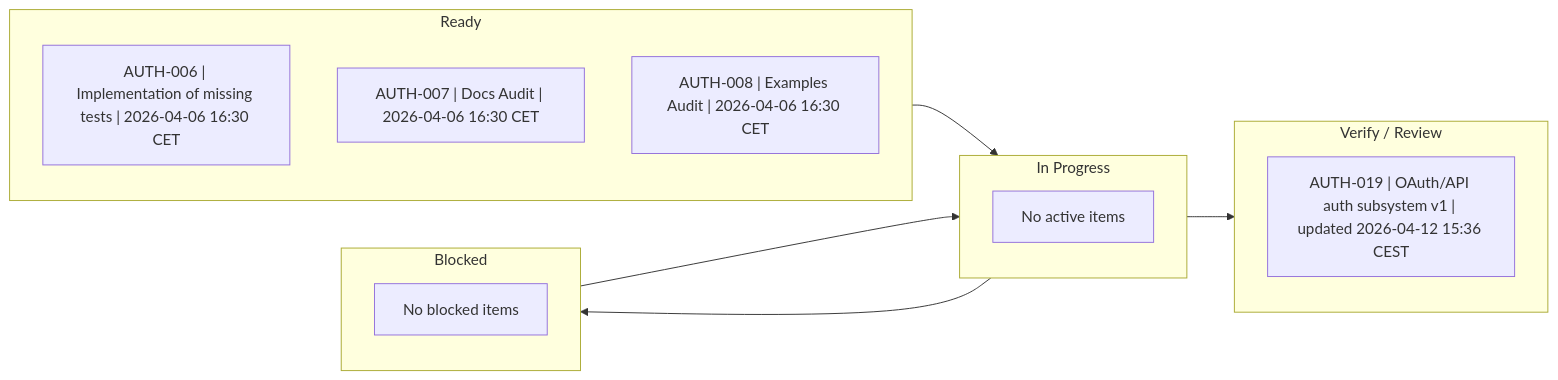
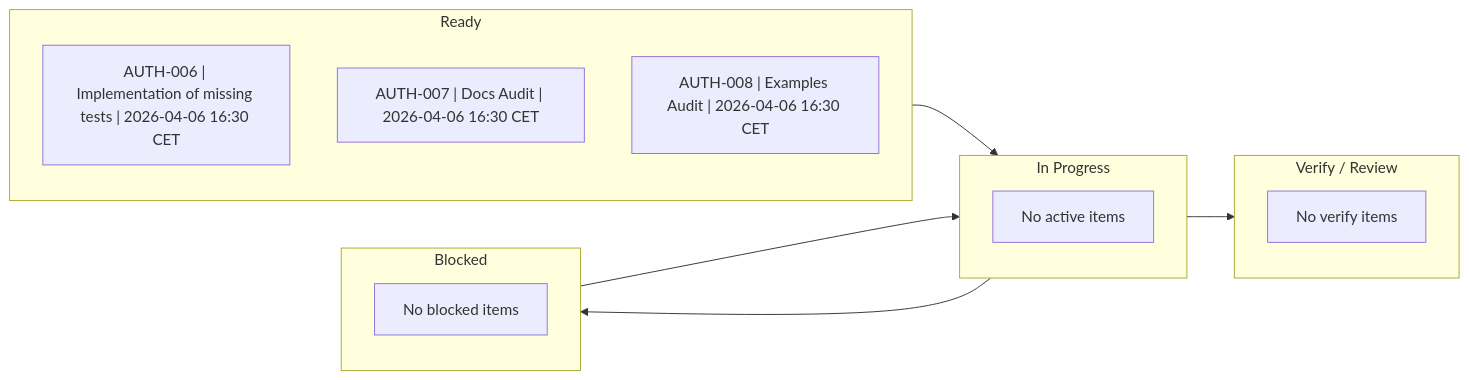
The diagram in Foundation/Auth/.agents/management/ACTIVE.md (shomsy/avax), drawn with Mermaid before and after one commit. The commit also changed 123 other files, not shown here.

Commit message:
Implement remaining auth kernel roadmap slices

````diff
--- a/Foundation/Auth/.agents/management/ACTIVE.md
+++ b/Foundation/Auth/.agents/management/ACTIVE.md
@@ -7,25 +7,25 @@
 ```mermaid
 flowchart LR
     subgraph Ready["Ready"]
         R1["AUTH-006 | Implementation of missing tests | 2026-04-06 16:30 CET"]
         R2["AUTH-007 | Docs Audit | 2026-04-06 16:30 CET"]
         R3["AUTH-008 | Examples Audit | 2026-04-06 16:30 CET"]
     end
 
     subgraph InProgress["In Progress"]
         P0["No active items"]
     end
 
     subgraph Blocked["Blocked"]
         B0["No blocked items"]
     end
 
     subgraph Verify["Verify / Review"]
-        V1["AUTH-019 | OAuth/API auth subsystem v1 | updated 2026-04-12 15:36 CEST"]
+        V0["No verify items"]
     end
 
     Ready --> InProgress
     InProgress --> Verify
     InProgress --> Blocked
     Blocked --> InProgress
 ```
````
